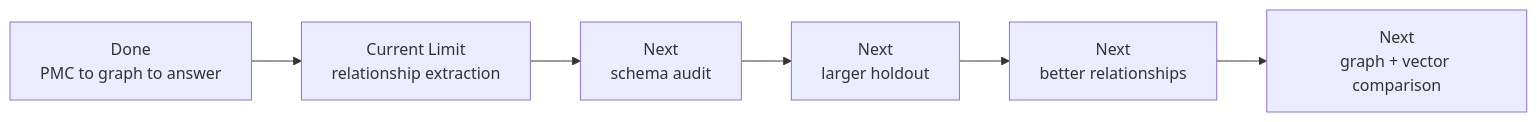
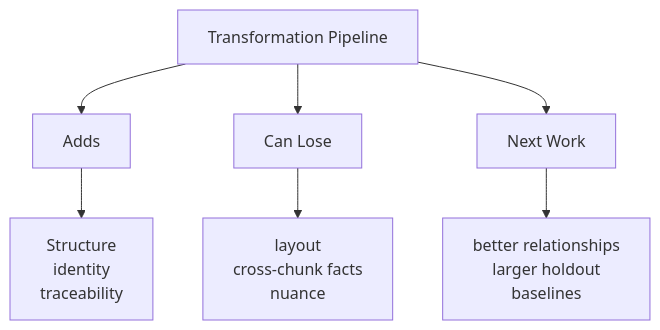
Diagram 12 of 12 in docs/capstone_presentation.md (anthonylitwin/med-graph-rag), drawn with Mermaid before and after one commit. The commit also changed other lines of this file, not shown here.

Commit message:
focus towards data transformation

````diff
--- a/docs/capstone_presentation.md
+++ b/docs/capstone_presentation.md
@@ -538,8 +610,10 @@
 ```mermaid
-flowchart LR
-    A["Done<br/>PMC to graph to answer"] --> B["Current Limit<br/>relationship extraction"]
-    B --> C["Next<br/>schema audit"]
-    C --> D["Next<br/>larger holdout"]
-    D --> E["Next<br/>better relationships"]
-    E --> F["Next<br/>graph + vector comparison"]
+flowchart TB
+    A["Transformation Pipeline"] --> B["Adds"]
+    A --> C["Can Lose"]
+    A --> D["Next Work"]
+
+    B --> E["Structure<br/>identity<br/>traceability"]
+    C --> F["layout<br/>cross-chunk facts<br/>nuance"]
+    D --> G["better relationships<br/>larger holdout<br/>baselines"]
 ```
````
